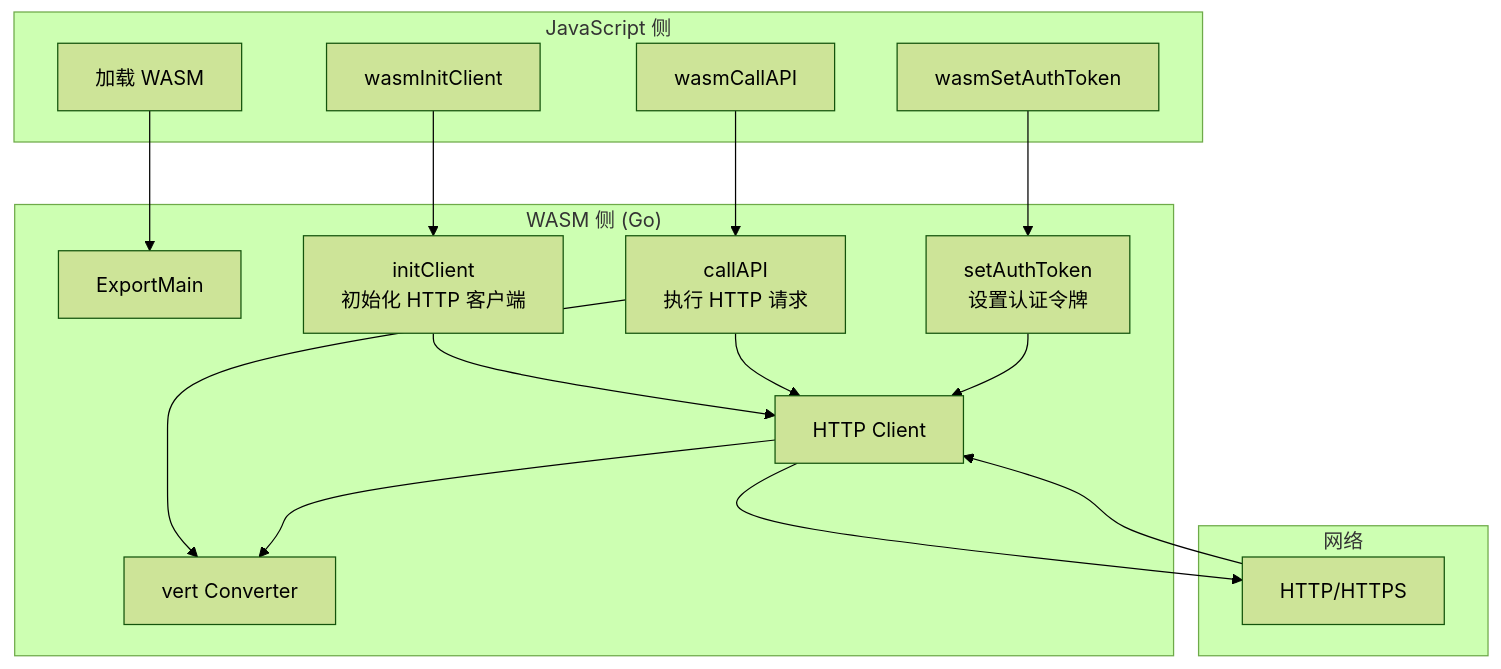
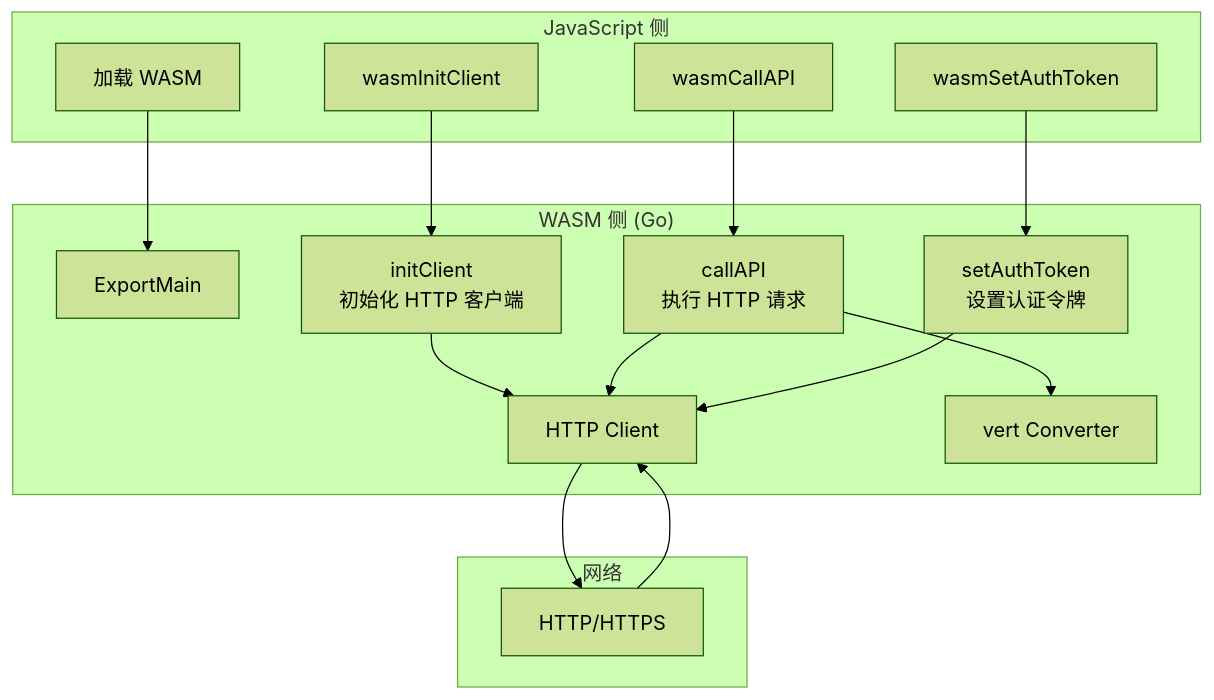
One commit to fred29910/go_wasm_lib2 changed the fourth of 6 diagrams in docs/architecture.md. Above: the diagram before and after it, drawn with Mermaid (forest theme). The commit also changed other lines of this file and 6 other files, not shown here.

````diff
--- a/docs/architecture.md
+++ b/docs/architecture.md
@@ -133,36 +226,35 @@
 ```mermaid
 flowchart TB
     subgraph JS["JavaScript 侧"]
         J1[加载 WASM]
         J2[wasmInitClient]
         J3[wasmCallAPI]
         J4[wasmSetAuthToken]
     end
 
     subgraph WASM["WASM 侧 (Go)"]
         W1[ExportMain]
         W2[initClient<br/>初始化 HTTP 客户端]
         W3[callAPI<br/>执行 HTTP 请求]
         W4[setAuthToken<br/>设置认证令牌]
         W5[HTTP Client]
         W6[vert Converter]
     end
 
     J1 --> W1
     J2 --> W2
     J3 --> W3
     J4 --> W4
 
     W2 --> W5
     W3 --> W5
     W3 --> W6
     W4 --> W5
-    W5 --> W6
 
     subgraph Network["网络"]
         N1[HTTP/HTTPS]
     end
 
     W5 --> N1
     N1 --> W5
 ```
````
